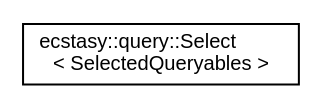
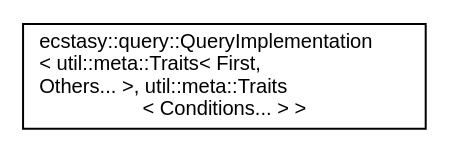
Before and after one commit to AndreasLrx/ecstasy: the diagram in inherit_graph_41.dot, drawn with Graphviz. The commit also changed 604 other files, not shown here.

```diff
--- a/inherit_graph_41.dot
+++ b/inherit_graph_41.dot
@@ -1,8 +1,8 @@
 digraph "Graphical Class Hierarchy"
 {
  // LATEX_PDF_SIZE
   edge [fontname="Helvetica",fontsize="10",labelfontname="Helvetica",labelfontsize="10"];
   node [fontname="Helvetica",fontsize="10",shape=record];
   rankdir="LR";
-  Node0 [label="ecstasy::query::Select\l\< SelectedQueryables \>",height=0.2,width=0.4,color="black", fillcolor="white", style="filled",URL="$structecstasy_1_1query_1_1_select.html",tooltip="Advanced Query."];
+  Node0 [label="ecstasy::query::QueryImplementation\l\< util::meta::Traits\< First,\l Others... \>, util::meta::Traits\l\< Conditions... \> \>",height=0.2,width=0.4,color="black", fillcolor="white", style="filled",URL="$classecstasy_1_1query_1_1_query_implementation_3_01util_1_1meta_1_1_traits_3_01_first_00_01_othe54f6585a9fa8bcd87286289c838b61b2.html",tooltip=" "];
 }
```
